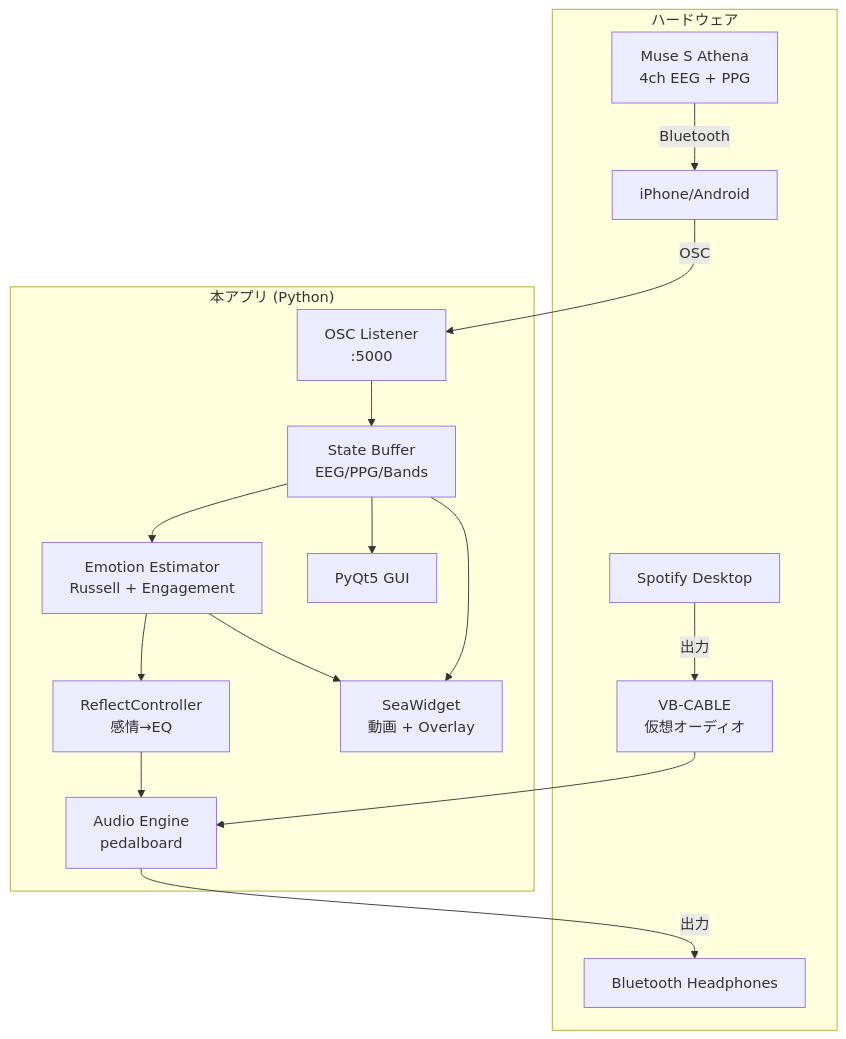
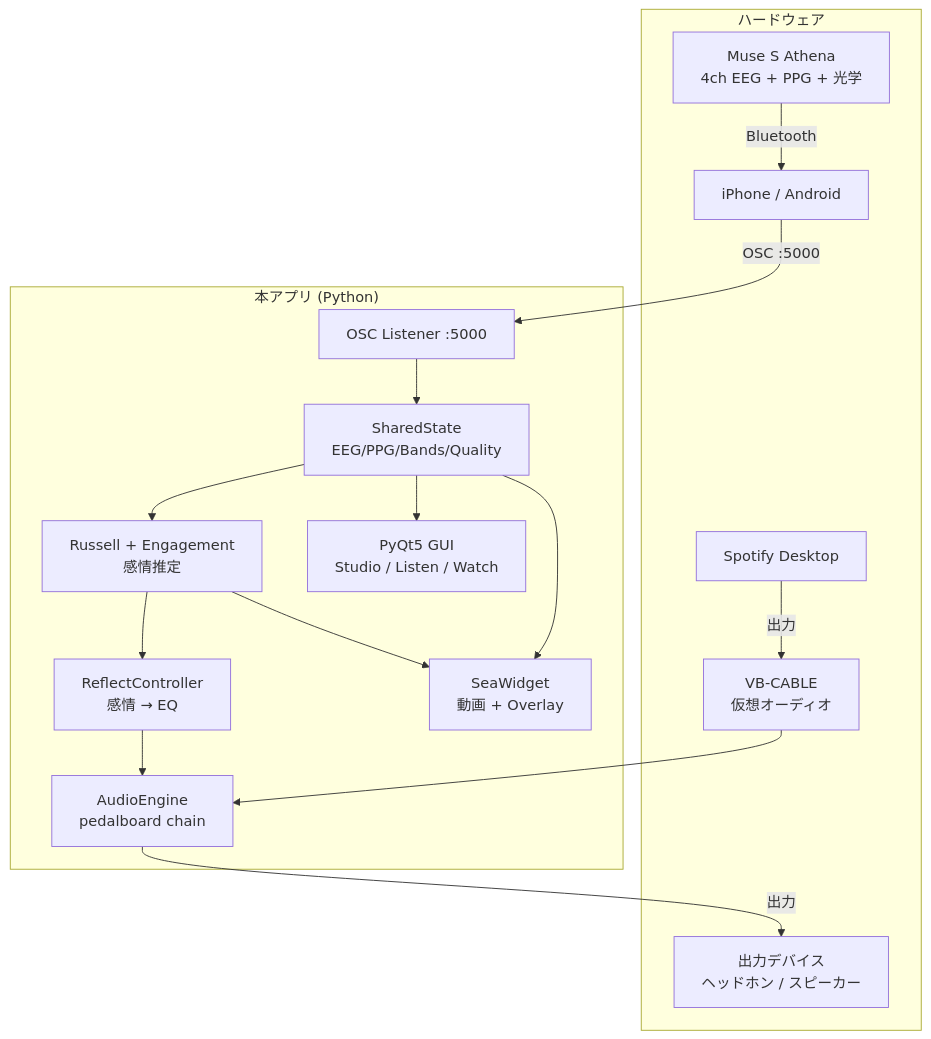
The diagram in docs/architecture.md (HIMEJI-HIRO/muse-emotion-eq), drawn with Mermaid before and after one commit. The commit also changed other lines of this file and 5 other files, not shown here.

First line of the commit message:
Docs: update to reflect current state (Studio/Listen/Watch + assets)

````diff
--- a/docs/architecture.md
+++ b/docs/architecture.md
@@ -5,34 +5,34 @@
 ```mermaid
 graph TB
     subgraph "ハードウェア"
-        Muse[Muse S Athena<br/>4ch EEG + PPG]
-        Phone[iPhone/Android]
+        Muse[Muse S Athena<br/>4ch EEG + PPG + 光学]
+        Phone[iPhone / Android]
         VBCable[VB-CABLE<br/>仮想オーディオ]
-        WF[Bluetooth Headphones]
         Spotify[Spotify Desktop]
+        Out[出力デバイス<br/>ヘッドホン / スピーカー]
     end
 
     subgraph "本アプリ (Python)"
-        OSC[OSC Listener<br/>:5000]
-        State[State Buffer<br/>EEG/PPG/Bands]
-        Emotion[Emotion Estimator<br/>Russell + Engagement]
-        Reflect[ReflectController<br/>感情→EQ]
-        Audio[Audio Engine<br/>pedalboard]
+        OSC[OSC Listener :5000]
+        State[SharedState<br/>EEG/PPG/Bands/Quality]
+        Emotion[Russell + Engagement<br/>感情推定]
+        Reflect[ReflectController<br/>感情 → EQ]
+        Audio[AudioEngine<br/>pedalboard chain]
         Sea[SeaWidget<br/>動画 + Overlay]
-        GUI[PyQt5 GUI]
+        GUI[PyQt5 GUI<br/>Studio / Listen / Watch]
     end
 
     Muse -->|Bluetooth| Phone
-    Phone -->|OSC| OSC
+    Phone -->|OSC :5000| OSC
     OSC --> State
     State --> Emotion
     Emotion --> Reflect
     Reflect --> Audio
     Emotion --> Sea
     State --> Sea
     State --> GUI
 
     Spotify -->|出力| VBCable
     VBCable --> Audio
-    Audio -->|出力| WF
+    Audio -->|出力| Out
 ```
````
